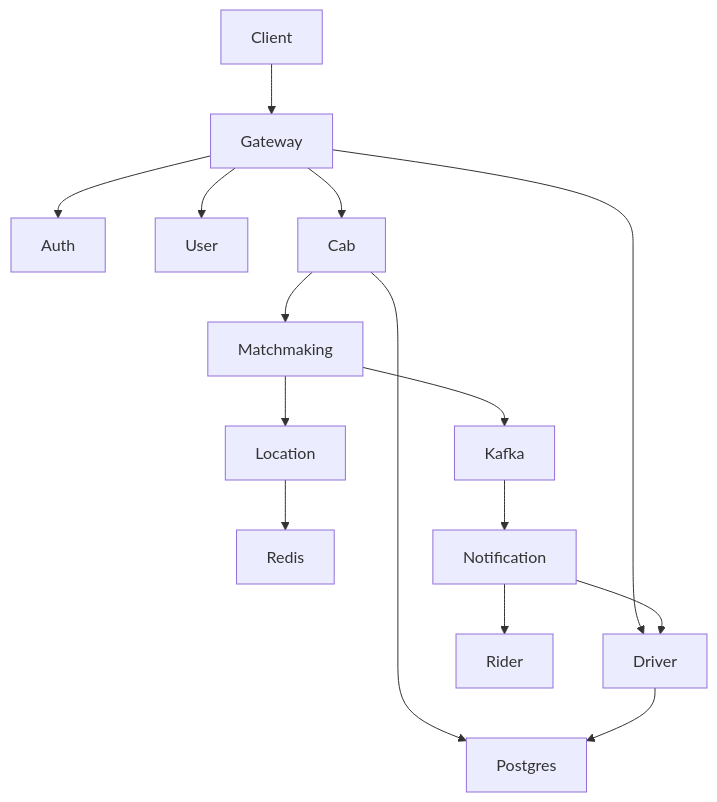
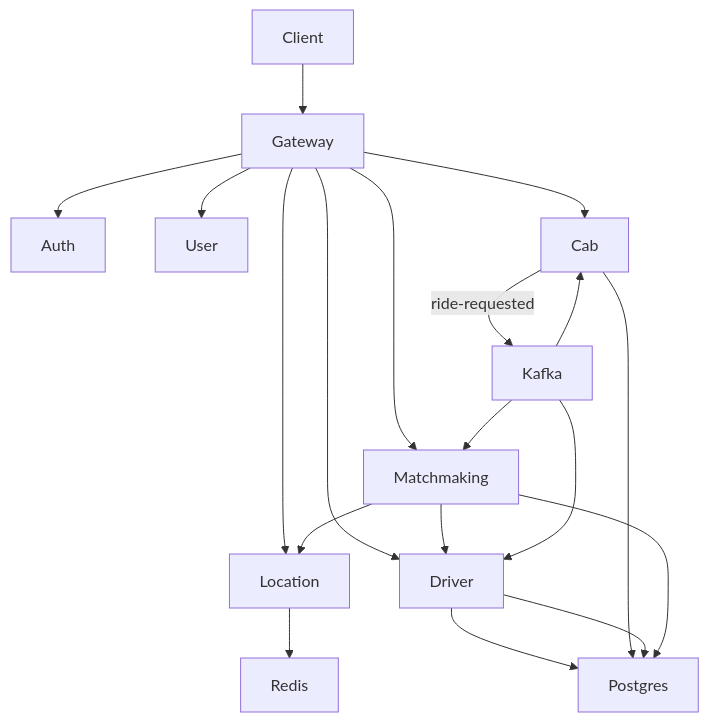
The first of 5 diagrams in docs/HLD/SmartMobility.md (abhishek776655/Cabby-Mobility), drawn with Mermaid before and after one commit. The commit also changed other lines of this file and 75 other files, not shown here.

````diff
--- a/docs/HLD/SmartMobility.md
+++ b/docs/HLD/SmartMobility.md
@@ -100,23 +115,26 @@
 ```mermaid
 flowchart TD
 
 Client --> Gateway
 
 Gateway --> Auth
 Gateway --> User
 Gateway --> Cab
 Gateway --> Driver
+Gateway --> Location
+Gateway --> Matchmaking
 
-Cab --> Matchmaking
+Cab -->|ride-requested| Kafka
+Kafka --> Matchmaking
 Matchmaking --> Location
+Matchmaking --> Driver
 Location --> Redis
+Driver --> Postgres
 
-Matchmaking --> Kafka
-Kafka --> Notification
-
-Notification --> Driver
-Notification --> Rider
+Kafka --> Driver
+Kafka --> Cab
 
 Cab --> Postgres
 Driver --> Postgres
+Matchmaking --> Postgres
 ```
````
